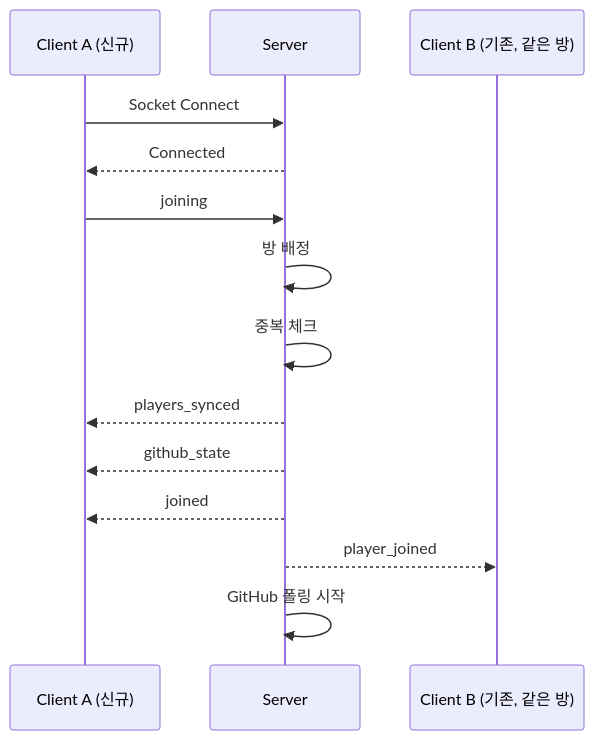
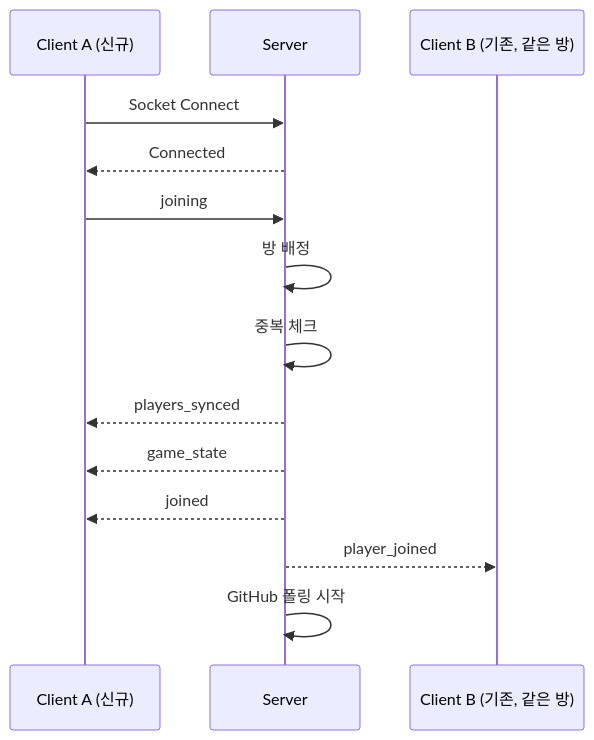
Before and after one commit to boostcampwm2025/web19-estrogenquattro: the fifth of 5 diagrams in docs/features/ROOM_JOIN_FLOW.md, drawn with Mermaid. The commit also changed other lines of this file and 97 other files, not shown here.

````diff
--- a/docs/features/ROOM_JOIN_FLOW.md
+++ b/docs/features/ROOM_JOIN_FLOW.md
@@ -258,20 +284,20 @@
 ```mermaid
 sequenceDiagram
     participant A as Client A (신규)
     participant S as Server
     participant B as Client B (기존, 같은 방)
 
     A->>S: Socket Connect
     S-->>A: Connected
 
     A->>S: joining
     S->>S: 방 배정
     S->>S: 중복 체크
 
     S-->>A: players_synced
-    S-->>A: github_state
+    S-->>A: game_state
     S-->>A: joined
     S-->>B: player_joined
 
     S->>S: GitHub 폴링 시작
 ```
````
